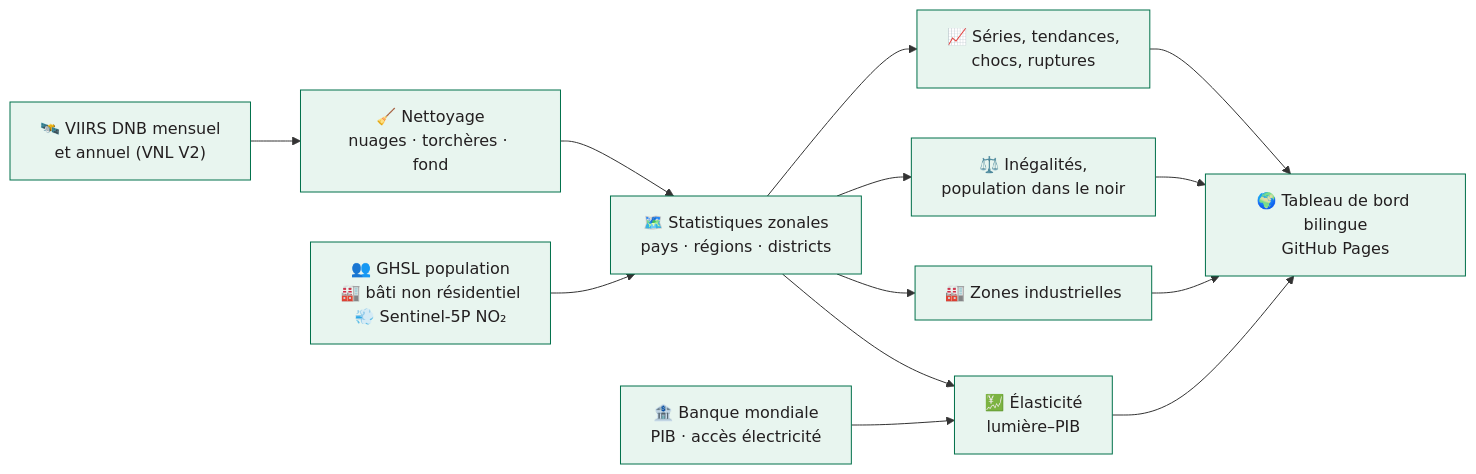
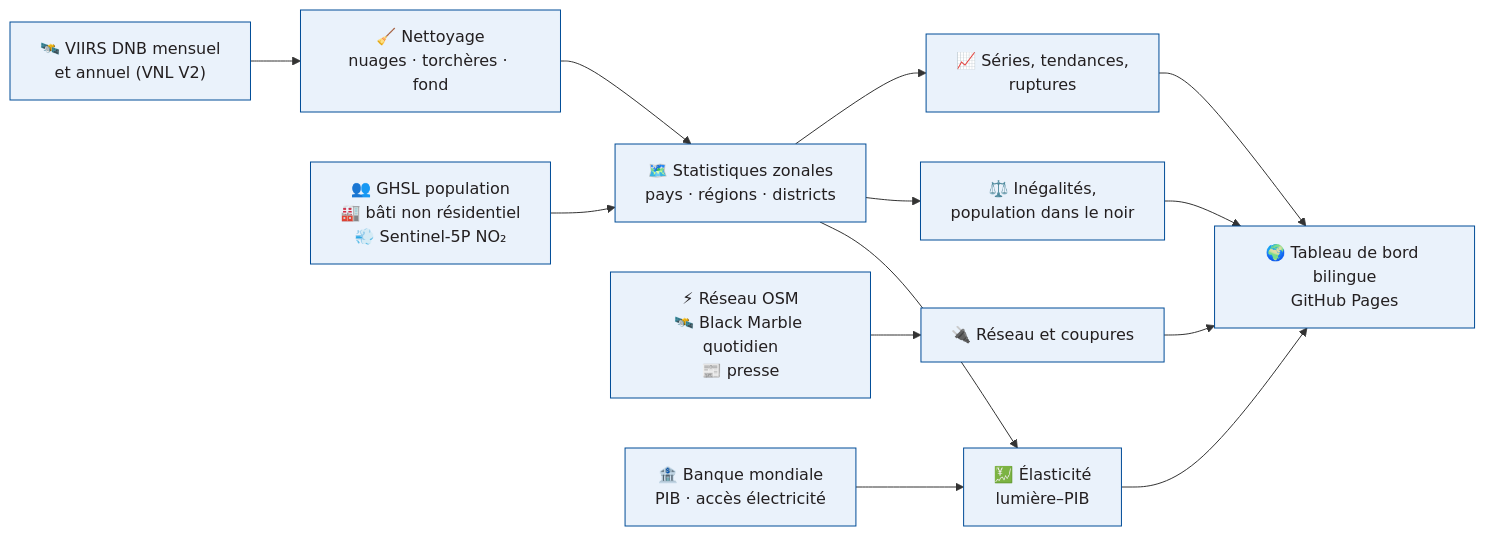
The diagram in README.fr.md (lamyakejji/ntl-dashboard), drawn with Mermaid before and after one commit. The commit also changed other lines of this file and 6 other files, not shown here.

````diff
--- a/README.fr.md
+++ b/README.fr.md
@@ -93,14 +83,14 @@
 ```mermaid
 flowchart LR
     A["🛰️ VIIRS DNB mensuel<br/>et annuel (VNL V2)"] --> B["🧹 Nettoyage<br/>nuages · torchères · fond"]
     B --> C["🗺️ Statistiques zonales<br/>pays · régions · districts"]
     P["👥 GHSL population<br/>🏭 bâti non résidentiel<br/>💨 Sentinel-5P NO₂"] --> C
-    C --> D["📈 Séries, tendances,<br/>chocs, ruptures"]
+    C --> D["📈 Séries, tendances,<br/>ruptures"]
     C --> E["⚖️ Inégalités,<br/>population dans le noir"]
-    C --> F["🏭 Zones industrielles"]
+    R["⚡ Réseau OSM<br/>🛰️ Black Marble quotidien<br/>📰 presse"] --> F["🔌 Réseau et coupures"]
     W["🏦 Banque mondiale<br/>PIB · accès électricité"] --> G["💹 Élasticité<br/>lumière–PIB"]
     C --> G
     D & E & F & G --> H["🌍 Tableau de bord bilingue<br/>GitHub Pages"]
-    classDef default fill:#E8F5EF,stroke:#00704A,color:#231F20;
-    class H fill:#00704A,color:#fff,stroke:#F5C242
+    classDef default fill:#EAF2FB,stroke:#004C97,color:#231F20;
+    class H fill:#004C97,color:#fff,stroke:#F5BD47
 ```
````
